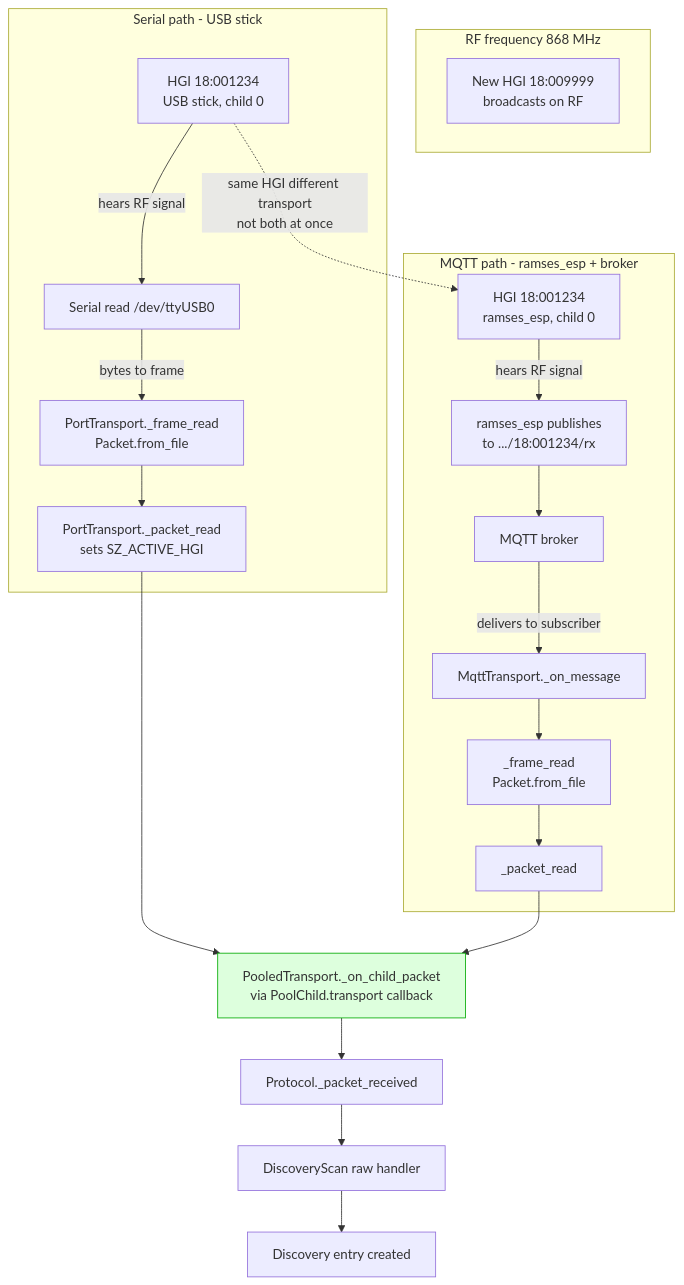
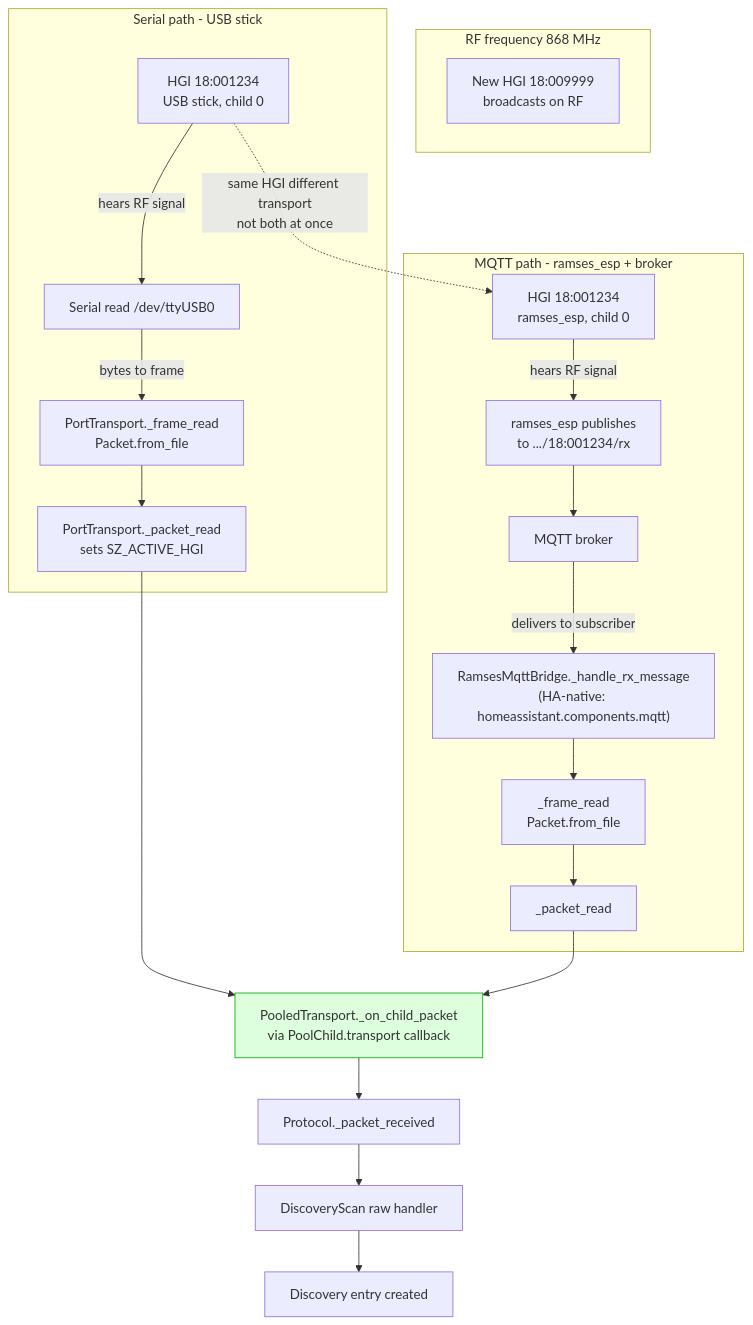
Before and after one commit to ramses-rf/ramses_cc: the diagram in docs/diagrams/03b_transport_transparency.md, drawn with Mermaid. The commit also changed other lines of this file and 5 other files, not shown here.

First line of the commit message:
fix: reconcile serialx pin, update diagrams (issue 1119)

````diff
--- a/docs/diagrams/03b_transport_transparency.md
+++ b/docs/diagrams/03b_transport_transparency.md
@@ -3,33 +3,33 @@
 ```mermaid
 flowchart TD
     subgraph RF["RF frequency 868 MHz"]
         NewHGI["New HGI 18:009999<br/>broadcasts on RF"]
     end
 
     subgraph SerialPath["Serial path - USB stick"]
         USB["HGI 18:001234<br/>USB stick, child 0"]
         USB -->|"hears RF signal"| SerialRx["Serial read /dev/ttyUSB0"]
         SerialRx -->|"bytes to frame"| PortFrame["PortTransport._frame_read<br/>Packet.from_file"]
         PortFrame --> PortPkt["PortTransport._packet_read<br/>sets SZ_ACTIVE_HGI"]
     end
 
     subgraph MqttPath["MQTT path - ramses_esp + broker"]
         ESP["HGI 18:001234<br/>ramses_esp, child 0"]
         ESP -->|"hears RF signal"| EspPub["ramses_esp publishes<br/>to .../18:001234/rx"]
         EspPub --> Broker["MQTT broker"]
-        Broker -->|"delivers to subscriber"| MqttSub["MqttTransport._on_message"]
+        Broker -->|"delivers to subscriber"| MqttSub["RamsesMqttBridge._handle_rx_message<br/>(HA-native: homeassistant.components.mqtt)"]
         MqttSub --> MqttFrame["_frame_read<br/>Packet.from_file"]
         MqttFrame --> MqttPkt["_packet_read"]
     end
 
     USB -.->|"same HGI different transport<br/>not both at once"| ESP
 
     PortPkt --> Pool["PooledTransport._on_child_packet<br/>via PoolChild.transport callback"]
     MqttPkt --> Pool
 
     Pool --> Proto["Protocol._packet_received"]
     Proto --> Scan["DiscoveryScan raw handler"]
     Scan --> NewDev["Discovery entry created"]
 
     style Pool fill:#dfd,stroke:#0a0
 ```
````
